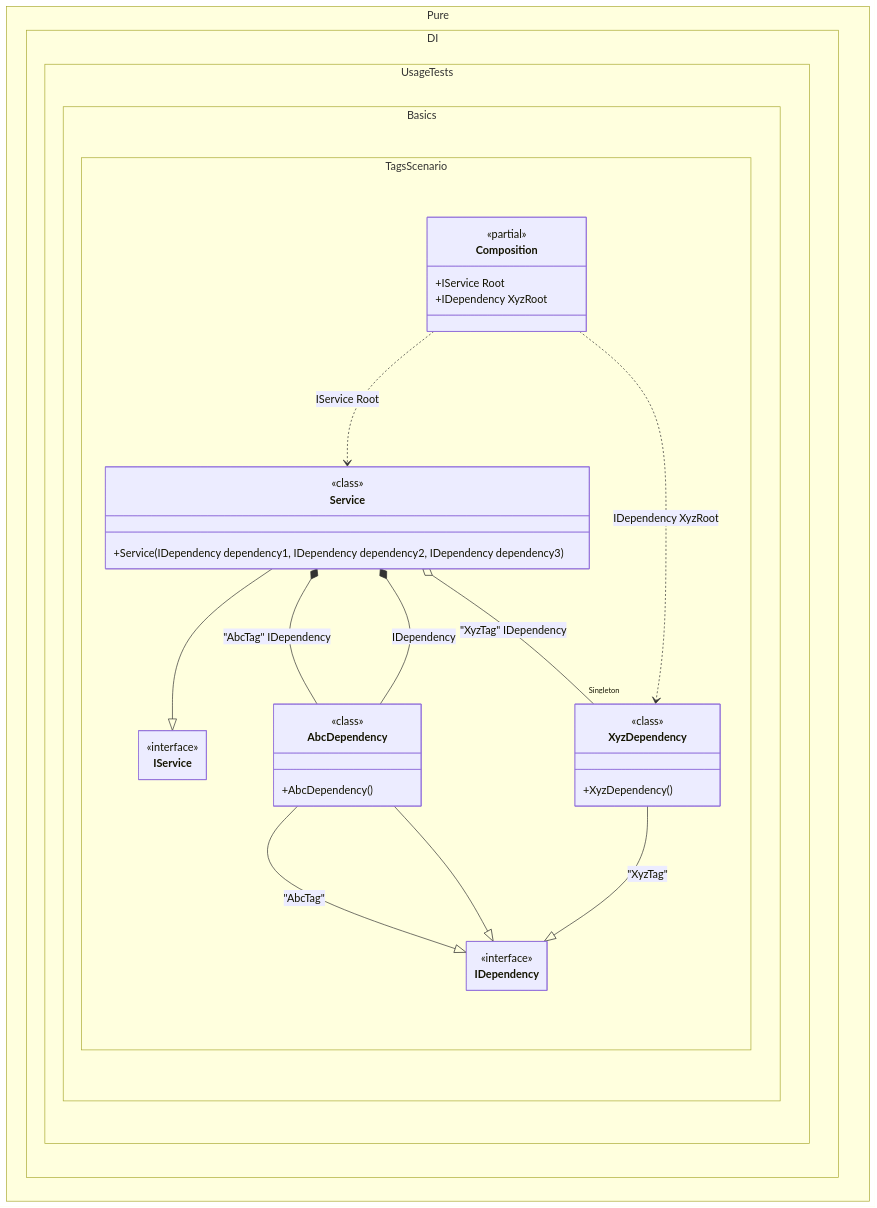
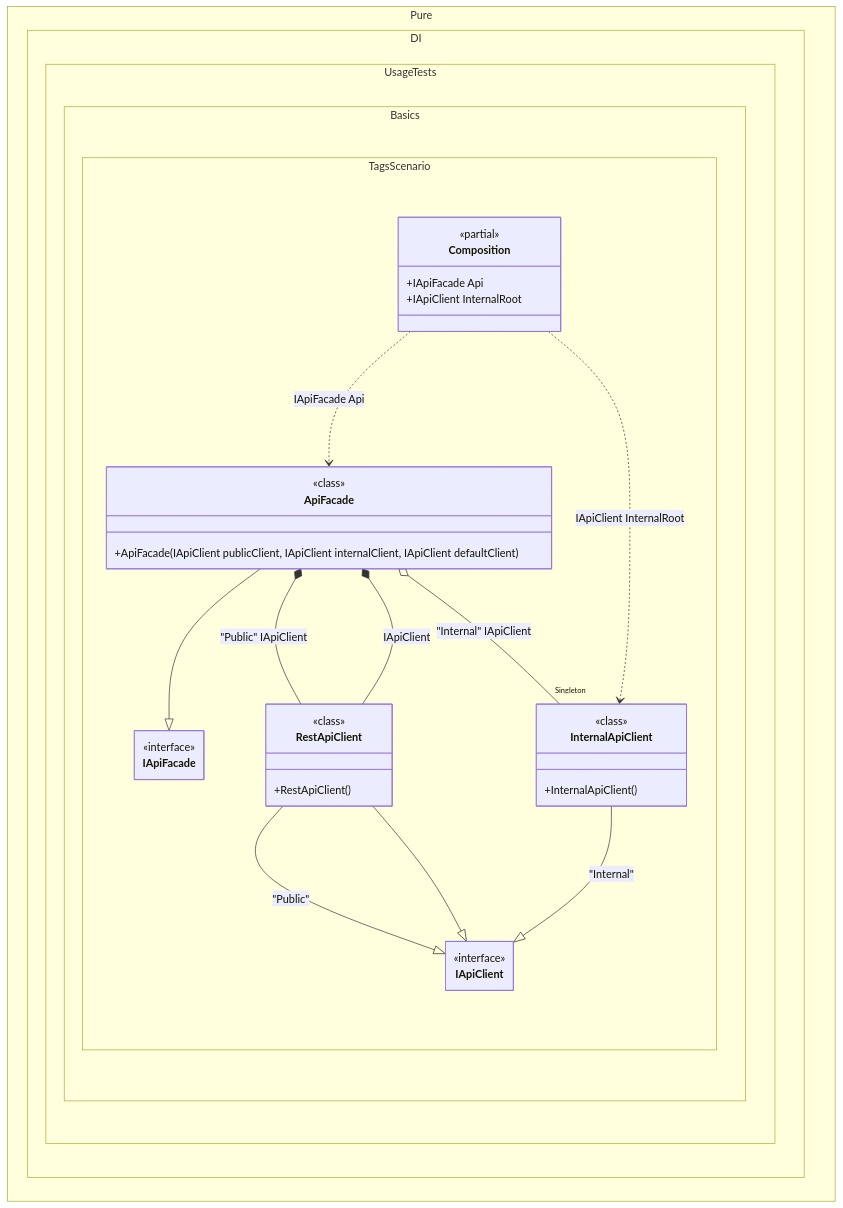
One commit to DevTeam/Pure.DI changed the diagram in readme/tags.md. Above: the diagram before and after it, drawn with Mermaid. The commit also changed other lines of this file and 126 other files, not shown here.

````diff
--- a/readme/tags.md
+++ b/readme/tags.md
@@ -171,44 +169,44 @@
 ```mermaid
 ---
  config:
   maxTextSize: 2147483647
   maxEdges: 2147483647
   class:
    hideEmptyMembersBox: true
 ---
 classDiagram
-	AbcDependency --|> IDependency : "AbcTag" 
-	AbcDependency --|> IDependency
-	XyzDependency --|> IDependency : "XyzTag" 
-	Service --|> IService
-	Composition ..> Service : IService Root
-	Composition ..> XyzDependency : IDependency XyzRoot
-	Service *--  AbcDependency : "AbcTag"  IDependency
-	Service *--  AbcDependency : IDependency
-	Service o-- "Singleton" XyzDependency : "XyzTag"  IDependency
+	RestApiClient --|> IApiClient : "Public" 
+	RestApiClient --|> IApiClient
+	InternalApiClient --|> IApiClient : "Internal" 
+	ApiFacade --|> IApiFacade
+	Composition ..> ApiFacade : IApiFacade Api
+	Composition ..> InternalApiClient : IApiClient InternalRoot
+	ApiFacade *--  RestApiClient : "Public"  IApiClient
+	ApiFacade *--  RestApiClient : IApiClient
+	ApiFacade o-- "Singleton" InternalApiClient : "Internal"  IApiClient
 	namespace Pure.DI.UsageTests.Basics.TagsScenario {
-		class AbcDependency {
+		class ApiFacade {
 				<<class>>
-			+AbcDependency()
+			+ApiFacade(IApiClient publicClient, IApiClient internalClient, IApiClient defaultClient)
 		}
 		class Composition {
 		<<partial>>
-		+IService Root
-		+IDependency XyzRoot
+		+IApiFacade Api
+		+IApiClient InternalRoot
 		}
-		class IDependency {
+		class IApiClient {
 			<<interface>>
 		}
-		class IService {
+		class IApiFacade {
 			<<interface>>
 		}
-		class Service {
+		class InternalApiClient {
 				<<class>>
-			+Service(IDependency dependency1, IDependency dependency2, IDependency dependency3)
+			+InternalApiClient()
 		}
-		class XyzDependency {
+		class RestApiClient {
 				<<class>>
-			+XyzDependency()
+			+RestApiClient()
 		}
 	}
 ```
````
